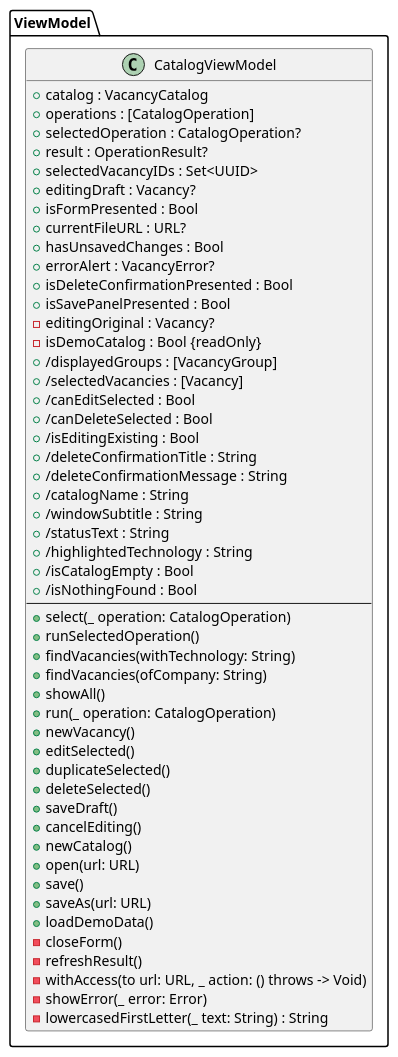
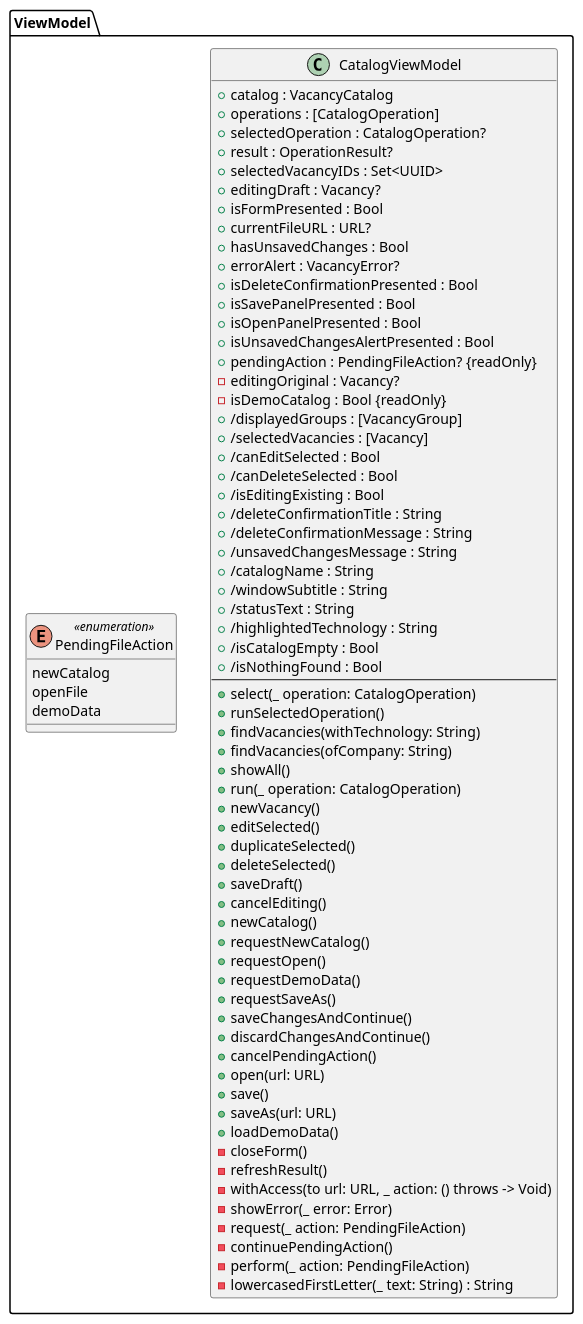
The diagram in docs/uml/2-classes/types/viewmodel.iuml (goosedum/kursova-1), drawn with PlantUML before and after one commit. The commit also changed 11 other files, not shown here.

```diff
--- a/docs/uml/2-classes/types/viewmodel.iuml
+++ b/docs/uml/2-classes/types/viewmodel.iuml
@@ -1,55 +1,74 @@
 ' Шар ViewModel — стан вікна. Підключається з діаграм у docs/uml/2-classes (крок 3.2). Джерело — .claude/plan/02-architecture.md §3.
 package "ViewModel" {
   class CatalogViewModel {
     + catalog : VacancyCatalog
     + operations : [CatalogOperation]
     + selectedOperation : CatalogOperation?
     + result : OperationResult?
     + selectedVacancyIDs : Set<UUID>
     + editingDraft : Vacancy?
     + isFormPresented : Bool
     + currentFileURL : URL?
     + hasUnsavedChanges : Bool
     + errorAlert : VacancyError?
     + isDeleteConfirmationPresented : Bool
     + isSavePanelPresented : Bool
+    + isOpenPanelPresented : Bool
+    + isUnsavedChangesAlertPresented : Bool
+    + pendingAction : PendingFileAction? {readOnly}
     - editingOriginal : Vacancy?
     - isDemoCatalog : Bool {readOnly}
     + /displayedGroups : [VacancyGroup]
     + /selectedVacancies : [Vacancy]
     + /canEditSelected : Bool
     + /canDeleteSelected : Bool
     + /isEditingExisting : Bool
     + /deleteConfirmationTitle : String
     + /deleteConfirmationMessage : String
+    + /unsavedChangesMessage : String
     + /catalogName : String
     + /windowSubtitle : String
     + /statusText : String
     + /highlightedTechnology : String
     + /isCatalogEmpty : Bool
     + /isNothingFound : Bool
     --
     + select(_ operation: CatalogOperation)
     + runSelectedOperation()
     + findVacancies(withTechnology: String)
     + findVacancies(ofCompany: String)
     + showAll()
     + run(_ operation: CatalogOperation)
     + newVacancy()
     + editSelected()
     + duplicateSelected()
     + deleteSelected()
     + saveDraft()
     + cancelEditing()
     + newCatalog()
+    + requestNewCatalog()
+    + requestOpen()
+    + requestDemoData()
+    + requestSaveAs()
+    + saveChangesAndContinue()
+    + discardChangesAndContinue()
+    + cancelPendingAction()
     + open(url: URL)
     + save()
     + saveAs(url: URL)
     + loadDemoData()
     - closeForm()
     - refreshResult()
     - withAccess(to url: URL, _ action: () throws -> Void)
     - showError(_ error: Error)
+    - request(_ action: PendingFileAction)
+    - continuePendingAction()
+    - perform(_ action: PendingFileAction)
     - lowercasedFirstLetter(_ text: String) : String
   }
+  enum PendingFileAction <<enumeration>> {
+    newCatalog
+    openFile
+    demoData
+  }
 }
```
